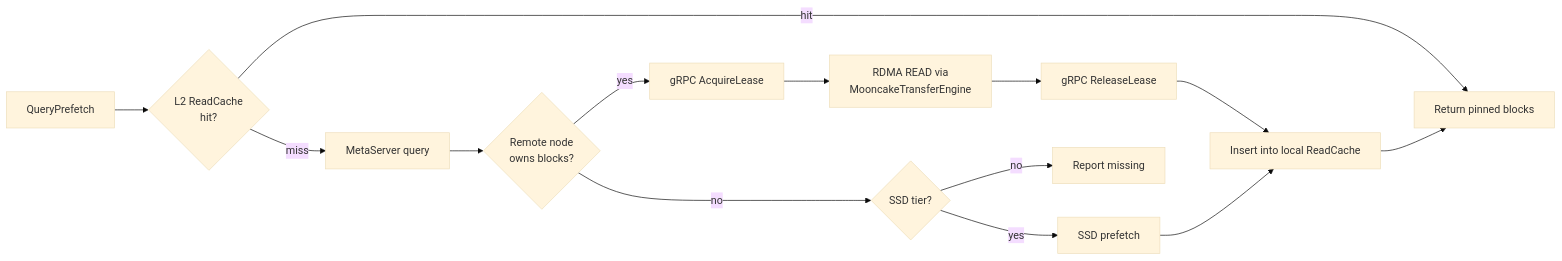
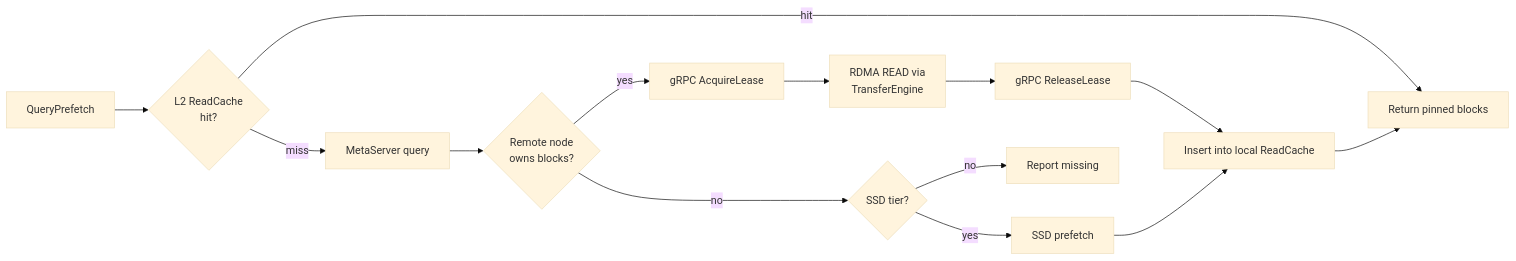
The sixth of 6 diagrams in docs/design/rdma-p2p-kv-transfer.md (novitalabs/pegaflow), drawn with Mermaid (base theme) before and after one commit. The commit also changed other lines of this file and 15 other files, not shown here.

First line of the commit message:
refactor: rename MooncakeTransferEngine to TransferEngine

````diff
--- a/docs/design/rdma-p2p-kv-transfer.md
+++ b/docs/design/rdma-p2p-kv-transfer.md
@@ -468,16 +468,16 @@
 ```mermaid
 flowchart LR
     Q[QueryPrefetch] --> L2{L2 ReadCache<br/>hit?}
     L2 -->|hit| DONE[Return pinned blocks]
     L2 -->|miss| META[MetaServer query]
     META --> REMOTE{Remote node<br/>owns blocks?}
     REMOTE -->|yes| LEASE[gRPC AcquireLease]
-    LEASE --> RDMA[RDMA READ via<br/>MooncakeTransferEngine]
+    LEASE --> RDMA[RDMA READ via<br/>TransferEngine]
     RDMA --> RELEASE[gRPC ReleaseLease]
     RELEASE --> INSERT[Insert into local ReadCache]
     INSERT --> DONE
     REMOTE -->|no| SSD{SSD tier?}
     SSD -->|yes| SSD_LOAD[SSD prefetch]
     SSD -->|no| MISS[Report missing]
     SSD_LOAD --> INSERT
 ```
````
